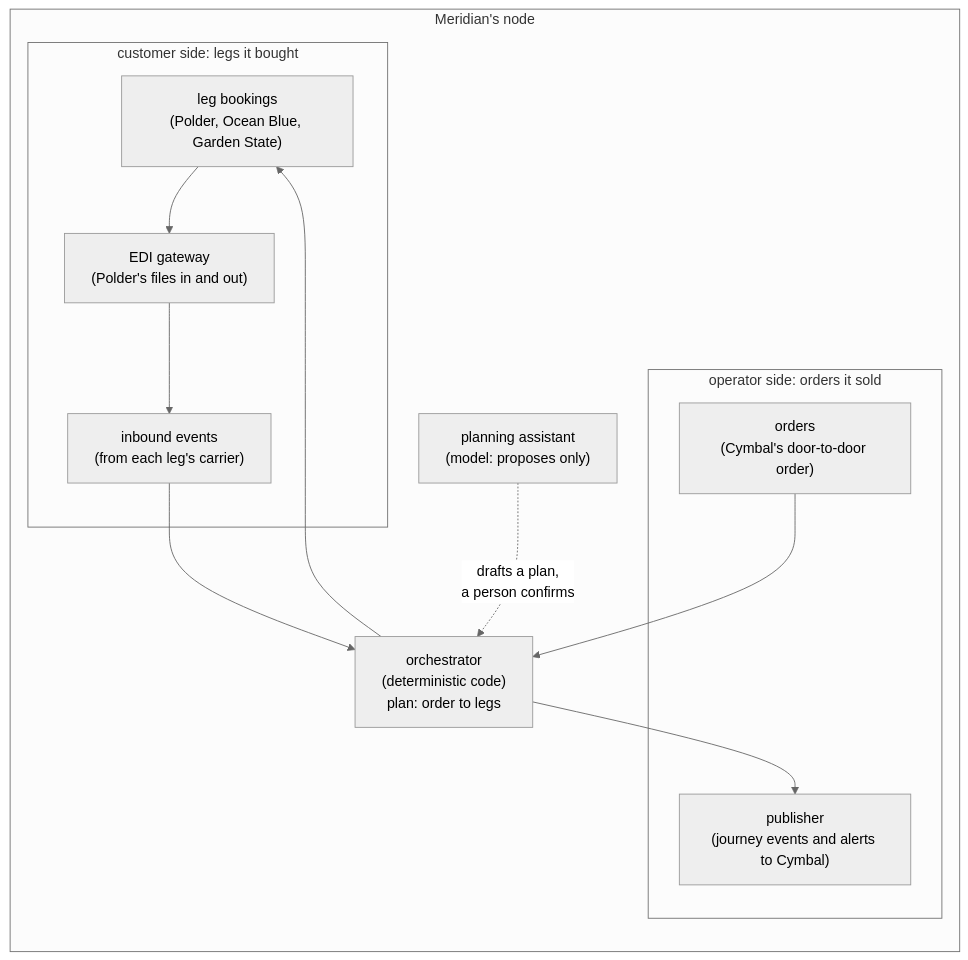
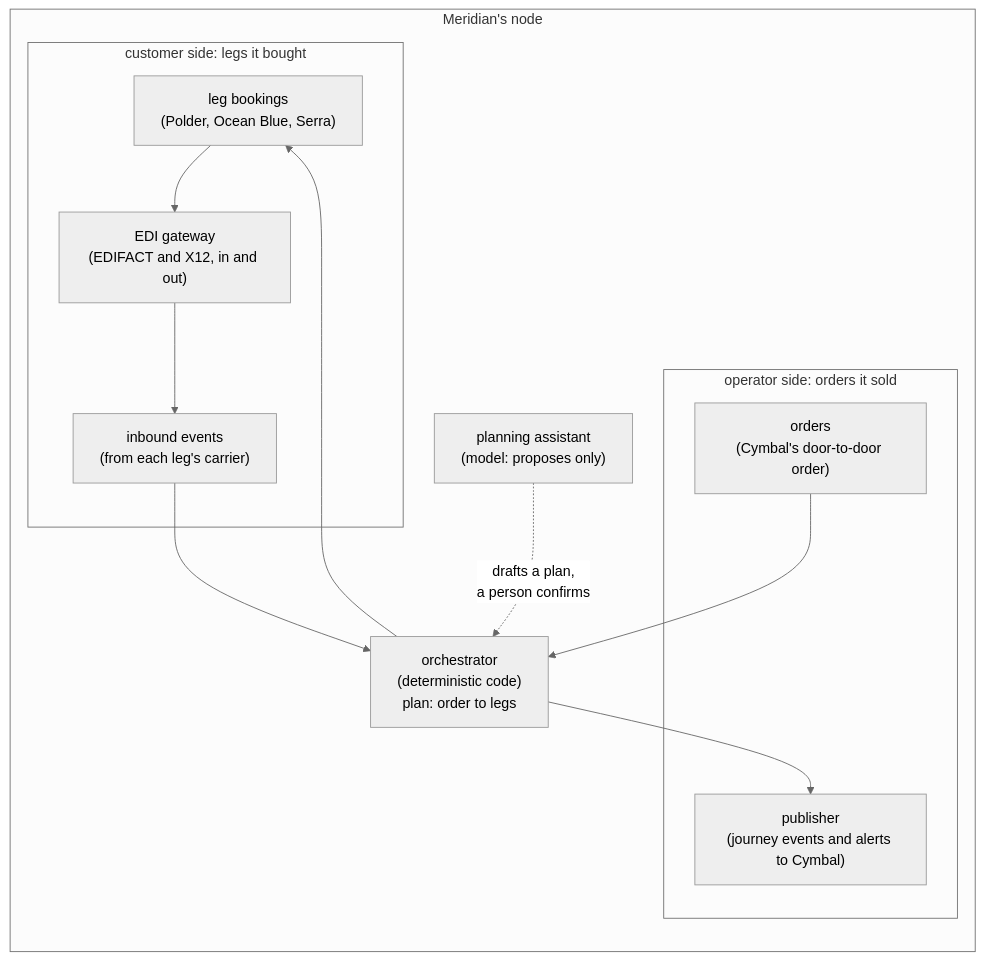
One commit to go-steer/supercargo changed the second of 7 diagrams in docs/proposals/door-to-door-forwarder.md. Above: the diagram before and after it, drawn with Mermaid (neutral theme). The commit also changed other lines of this file and 2 other files, not shown here.

````diff
--- a/docs/proposals/door-to-door-forwarder.md
+++ b/docs/proposals/door-to-door-forwarder.md
@@ -200,24 +283,24 @@
 ```mermaid
 flowchart TB
     subgraph MFN["Meridian's node"]
         direction TB
         subgraph OPS["operator side: orders it sold"]
             ORD["orders<br/>(Cymbal's door-to-door order)"]
             PUB["publisher<br/>(journey events and alerts to Cymbal)"]
         end
         subgraph CUS["customer side: legs it bought"]
-            LEGS["leg bookings<br/>(Polder, Ocean Blue, Garden State)"]
+            LEGS["leg bookings<br/>(Polder, Ocean Blue, Serra)"]
             INB["inbound events<br/>(from each leg's carrier)"]
-            EDI["EDI gateway<br/>(Polder's files in and out)"]
+            EDI["EDI gateway<br/>(EDIFACT and X12, in and out)"]
         end
         ORCH["orchestrator<br/>(deterministic code)<br/>plan: order to legs"]
         PLAN["planning assistant<br/>(model: proposes only)"]
     end
     ORD --> ORCH
     ORCH --> LEGS
     INB --> ORCH
     EDI --> INB
     LEGS --> EDI
     ORCH --> PUB
     PLAN -. "drafts a plan,<br/>a person confirms" .-> ORCH
 ```
````
